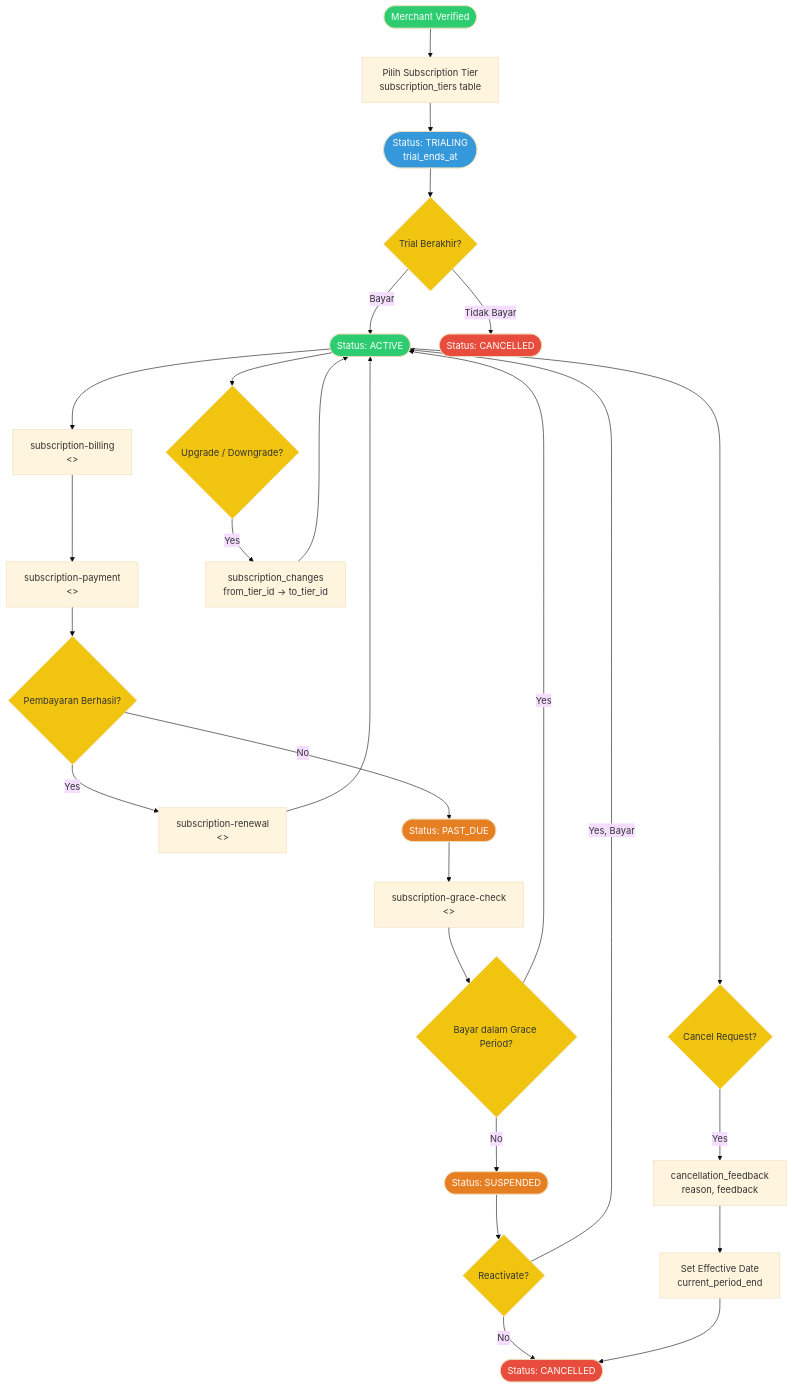
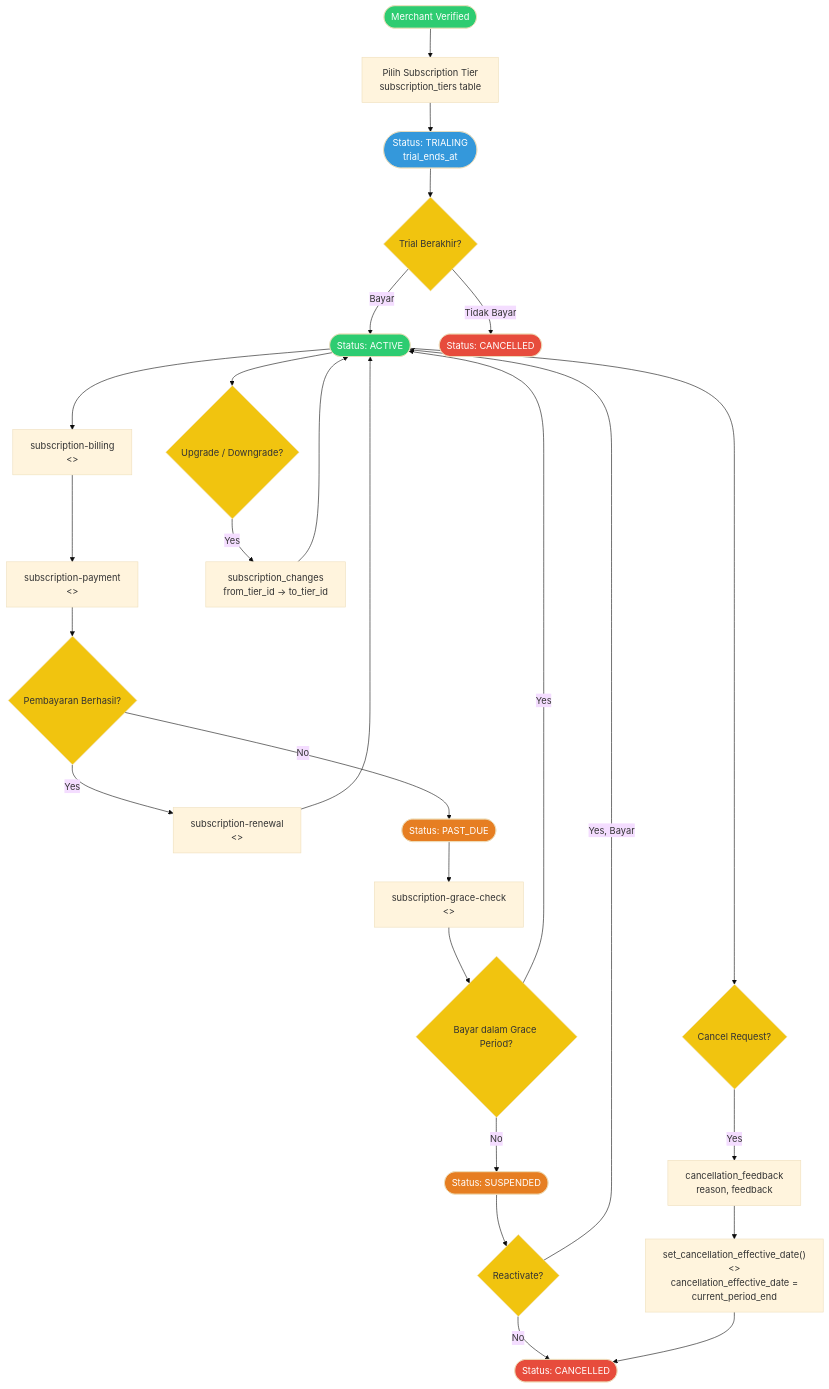
The second of 15 diagrams in old-docs/merchant_activity_diagram.md (itsramaa/Sistem-Hunian), drawn with Mermaid (base theme) before and after one commit. The commit also changed other lines of this file, not shown here.

````diff
--- a/old-docs/merchant_activity_diagram.md
+++ b/old-docs/merchant_activity_diagram.md
@@ -97,49 +98,49 @@
 ```mermaid
 flowchart TD
     START([Merchant Verified]) --> CHOOSE[Pilih Subscription Tier<br/>subscription_tiers table]
     CHOOSE --> TRIALING([Status: TRIALING<br/>trial_ends_at])
 
     TRIALING --> TRIAL_END{Trial Berakhir?}
     TRIAL_END -->|Bayar| ACTIVE([Status: ACTIVE])
     TRIAL_END -->|Tidak Bayar| CANCELLED_T([Status: CANCELLED])
 
     ACTIVE --> BILLING["subscription-billing<br/><<edge function>>"]
     BILLING --> PAYMENT["subscription-payment<br/><<edge function>>"]
     PAYMENT --> PAY_OK{Pembayaran Berhasil?}
     PAY_OK -->|Yes| RENEWAL["subscription-renewal<br/><<edge function>>"]
     PAY_OK -->|No| PAST_DUE([Status: PAST_DUE])
 
     RENEWAL --> ACTIVE
 
     PAST_DUE --> GRACE["subscription-grace-check<br/><<edge function>>"]
     GRACE --> GRACE_OK{Bayar dalam Grace Period?}
     GRACE_OK -->|Yes| ACTIVE
     GRACE_OK -->|No| SUSPENDED([Status: SUSPENDED])
 
     SUSPENDED --> REACTIVATE{Reactivate?}
     REACTIVATE -->|Yes, Bayar| ACTIVE
     REACTIVATE -->|No| CANCELLED([Status: CANCELLED])
 
     ACTIVE --> UPGRADE{Upgrade / Downgrade?}
     UPGRADE -->|Yes| SUB_CHANGE[subscription_changes<br/>from_tier_id -> to_tier_id]
     SUB_CHANGE --> ACTIVE
 
     ACTIVE --> CANCEL_REQ{Cancel Request?}
     CANCEL_REQ -->|Yes| FEEDBACK[cancellation_feedback<br/>reason, feedback]
-    FEEDBACK --> EFFECTIVE[Set Effective Date<br/>current_period_end]
+    FEEDBACK --> EFFECTIVE["set_cancellation_effective_date()<br/><<trigger>><br/>cancellation_effective_date =<br/>current_period_end"]
     EFFECTIVE --> CANCELLED
 
     style START fill:#2ecc71,color:#fff
     style ACTIVE fill:#2ecc71,color:#fff
     style TRIALING fill:#3498db,color:#fff
     style PAST_DUE fill:#e67e22,color:#fff
     style SUSPENDED fill:#e67e22,color:#fff
     style CANCELLED fill:#e74c3c,color:#fff
     style CANCELLED_T fill:#e74c3c,color:#fff
     style TRIAL_END fill:#f1c40f,color:#333
     style PAY_OK fill:#f1c40f,color:#333
     style GRACE_OK fill:#f1c40f,color:#333
     style REACTIVATE fill:#f1c40f,color:#333
     style UPGRADE fill:#f1c40f,color:#333
     style CANCEL_REQ fill:#f1c40f,color:#333
 ```
````
